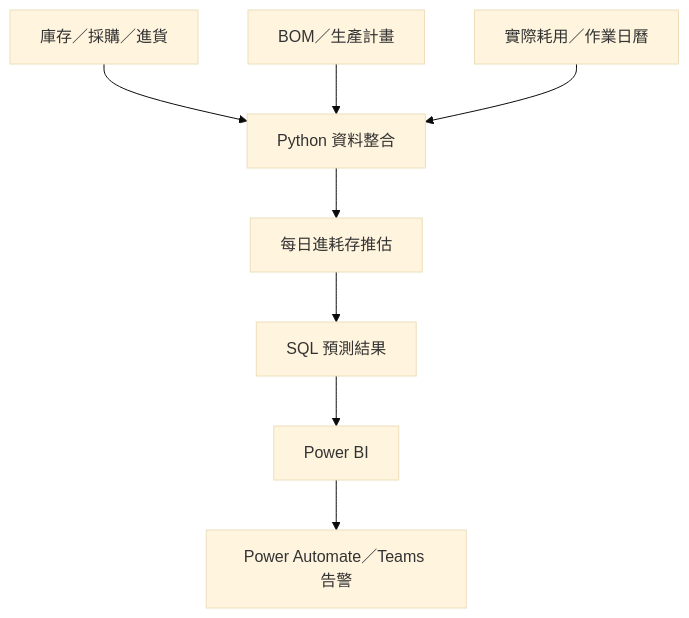
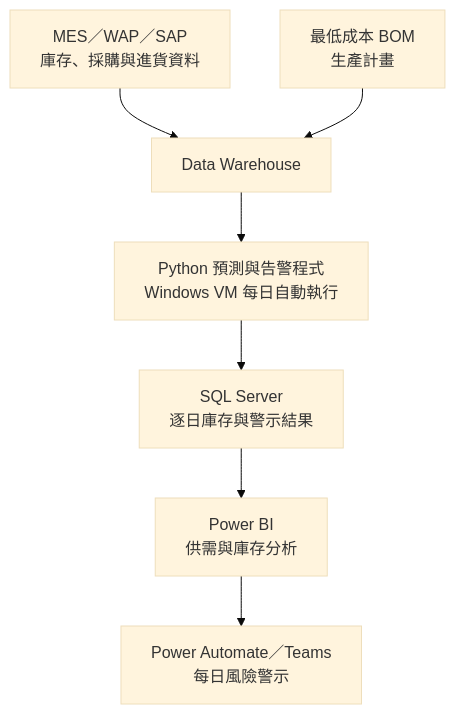
Before and after one commit to ChienChienChien/Material_Forecasting_System: the diagram in README_ZH-TW.md, drawn with Mermaid (base theme). The commit also changed other lines of this file, not shown here.

````diff
--- a/README_ZH-TW.md
+++ b/README_ZH-TW.md
@@ -48,10 +58,17 @@
 ```mermaid
-flowchart TB
-    A["庫存／採購／進貨"] --> E["Python 資料整合"]
-    B["BOM／生產計畫"] --> E
-    C["實際耗用／作業日曆"] --> E
-    E --> F["每日進耗存推估"]
-    F --> G["SQL 預測結果"]
-    G --> H["Power BI"]
-    H --> I["Power Automate／Teams 告警"]
+flowchart TD
+    A["MES／WAP／SAP<br/>庫存、採購與進貨資料"]
+    B["最低成本 BOM<br/>生產計畫"]
+    C["Data Warehouse"]
+    D["Python 預測與告警程式<br/>Windows VM 每日自動執行"]
+    E["SQL Server<br/>逐日庫存與警示結果"]
+    F["Power BI<br/>供需與庫存分析"]
+    G["Power Automate／Teams<br/>每日風險警示"]
+
+    A --> C
+    B --> C
+    C --> D
+    D --> E
+    E --> F
+    F --> G
 ```
````
